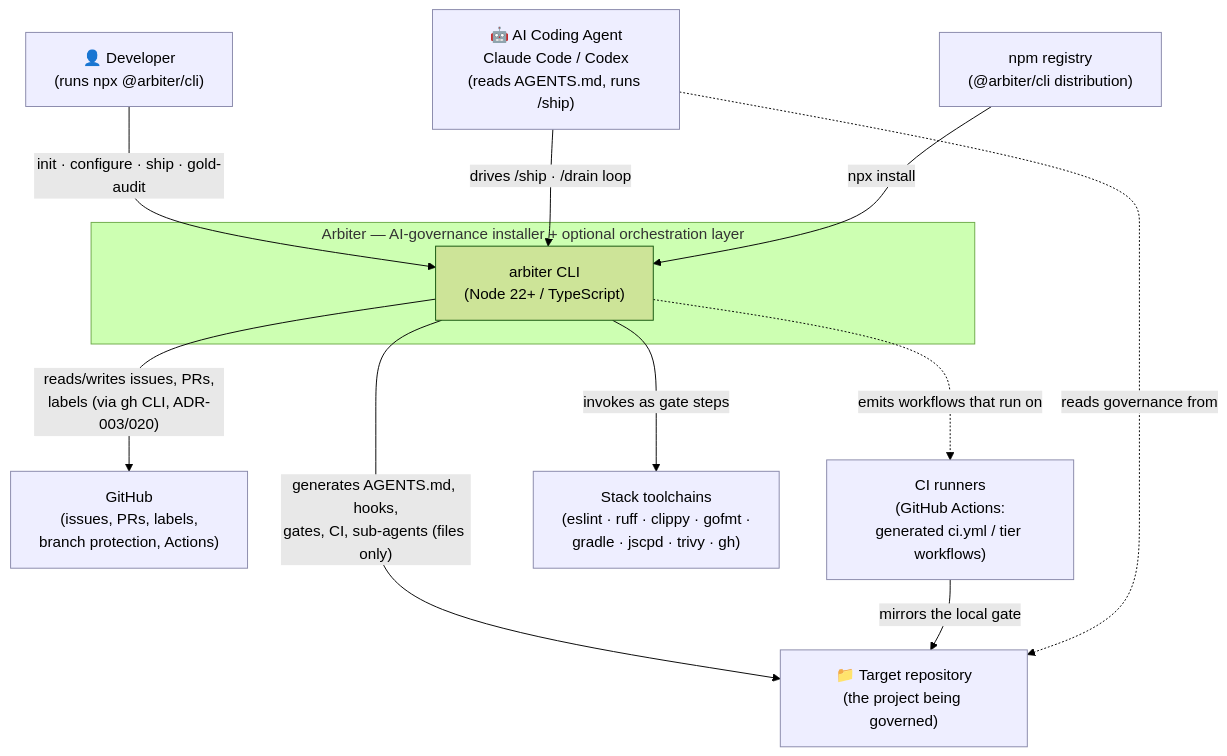
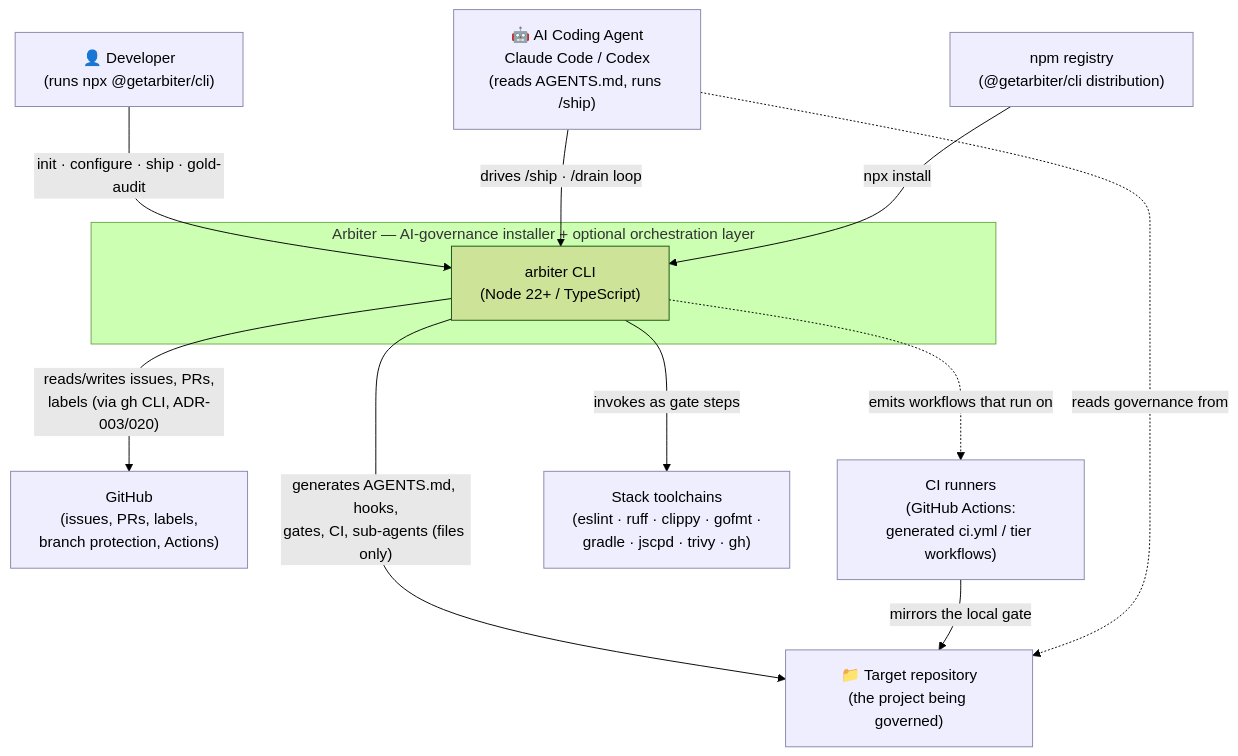
One commit to LucaDominici/arbiter changed the first of 3 diagrams in docs/architecture/c4-model.md. Above: the diagram before and after it, drawn with Mermaid (forest theme). The commit also changed 163 other files, not shown here.

First line of the commit message:
feat(pack,#2667): rename the package to @getarbiter/cli

````diff
--- a/docs/architecture/c4-model.md
+++ b/docs/architecture/c4-model.md
@@ -30,28 +30,28 @@
 ```mermaid
 graph TB
-    dev["👤 Developer<br/>(runs npx @arbiter/cli)"]
+    dev["👤 Developer<br/>(runs npx @getarbiter/cli)"]
     agent["🤖 AI Coding Agent<br/>Claude Code / Codex<br/>(reads AGENTS.md, runs /ship)"]
 
     subgraph sys["Arbiter — AI-governance installer + optional orchestration layer"]
       arbiter["arbiter CLI<br/>(Node 22+ / TypeScript)"]
     end
 
     repo["📁 Target repository<br/>(the project being governed)"]
     gh["GitHub<br/>(issues, PRs, labels,<br/>branch protection, Actions)"]
     ci["CI runners<br/>(GitHub Actions:<br/>generated ci.yml / tier workflows)"]
-    npm["npm registry<br/>(@arbiter/cli distribution)"]
+    npm["npm registry<br/>(@getarbiter/cli distribution)"]
     tools["Stack toolchains<br/>(eslint · ruff · clippy · gofmt ·<br/>gradle · jscpd · trivy · gh)"]
 
     dev -->|"init · configure · ship · gold-audit"| arbiter
     agent -->|"drives /ship · /drain loop"| arbiter
     arbiter -->|"generates AGENTS.md, hooks,<br/>gates, CI, sub-agents (files only)"| repo
     arbiter -->|"reads/writes issues, PRs,<br/>labels (via gh CLI, ADR-003/020)"| gh
     arbiter -.->|"emits workflows that run on"| ci
     ci -->|"mirrors the local gate"| repo
     npm -->|"npx install"| arbiter
     arbiter -->|"invokes as gate steps"| tools
     agent -.->|"reads governance from"| repo
 
     classDef ext fill:#eef,stroke:#88a;
     class repo,gh,ci,npm,tools,dev,agent ext;
 ```
````
